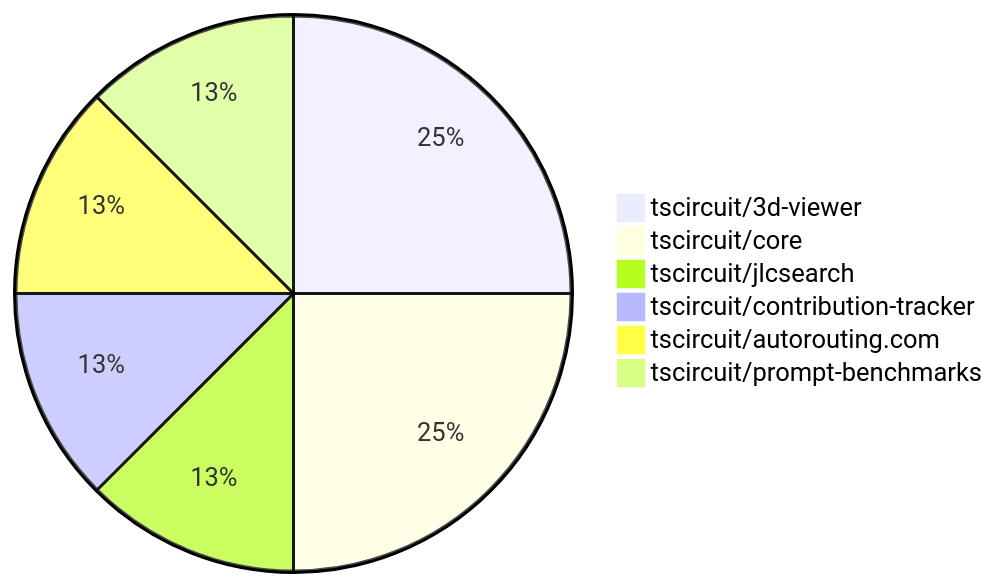
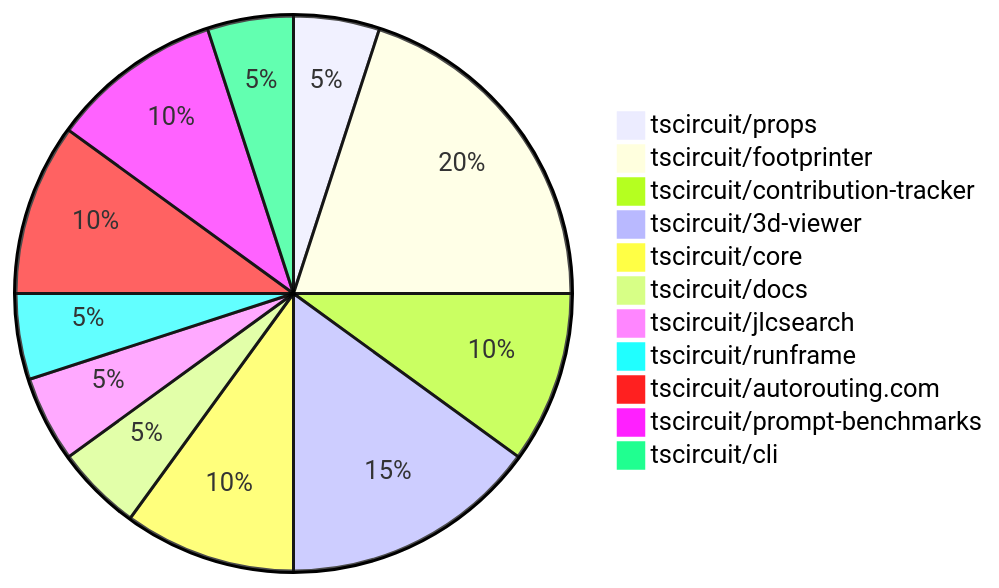
Before and after one commit to tscircuit/contribution-tracker: the diagram in contribution-overviews/2025-02-05.md, drawn with Mermaid. The commit also changed other lines of this file and 2 other files, not shown here.

Commit message:
Update contribution overviews

````diff
--- a/contribution-overviews/2025-02-05.md
+++ b/contribution-overviews/2025-02-05.md
@@ -5,9 +5,14 @@
 ```mermaid
 pie
-    "tscircuit/3d-viewer" : 2
+    "tscircuit/props" : 1
+    "tscircuit/footprinter" : 4
+    "tscircuit/contribution-tracker" : 2
+    "tscircuit/3d-viewer" : 3
     "tscircuit/core" : 2
+    "tscircuit/docs" : 1
     "tscircuit/jlcsearch" : 1
-    "tscircuit/contribution-tracker" : 1
-    "tscircuit/autorouting.com" : 1
-    "tscircuit/prompt-benchmarks" : 1
+    "tscircuit/runframe" : 1
+    "tscircuit/autorouting.com" : 2
+    "tscircuit/prompt-benchmarks" : 2
+    "tscircuit/cli" : 1
 ```
````
